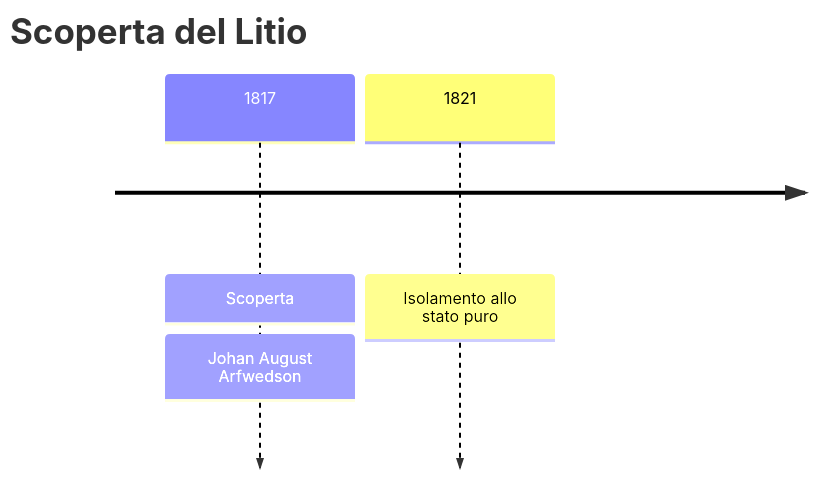
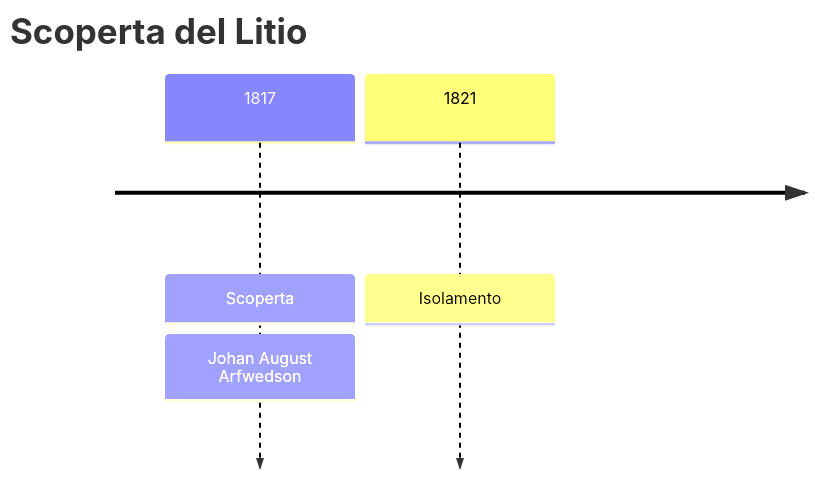
Before and after one commit to gianlucaciarcelluti/elements-caos: the first of 3 diagrams in vault/Elementi/Litio.md, drawn with Mermaid. The commit also changed other lines of this file and 56 other files, not shown here.

````diff
--- a/vault/Elementi/Litio.md
+++ b/vault/Elementi/Litio.md
@@ -28,6 +28,6 @@
 ```mermaid
 timeline
     title Scoperta del Litio
     1817 : Scoperta : Johan August Arfwedson
-    1821 : Isolamento allo stato puro
+    1821 : Isolamento
 ```
````
